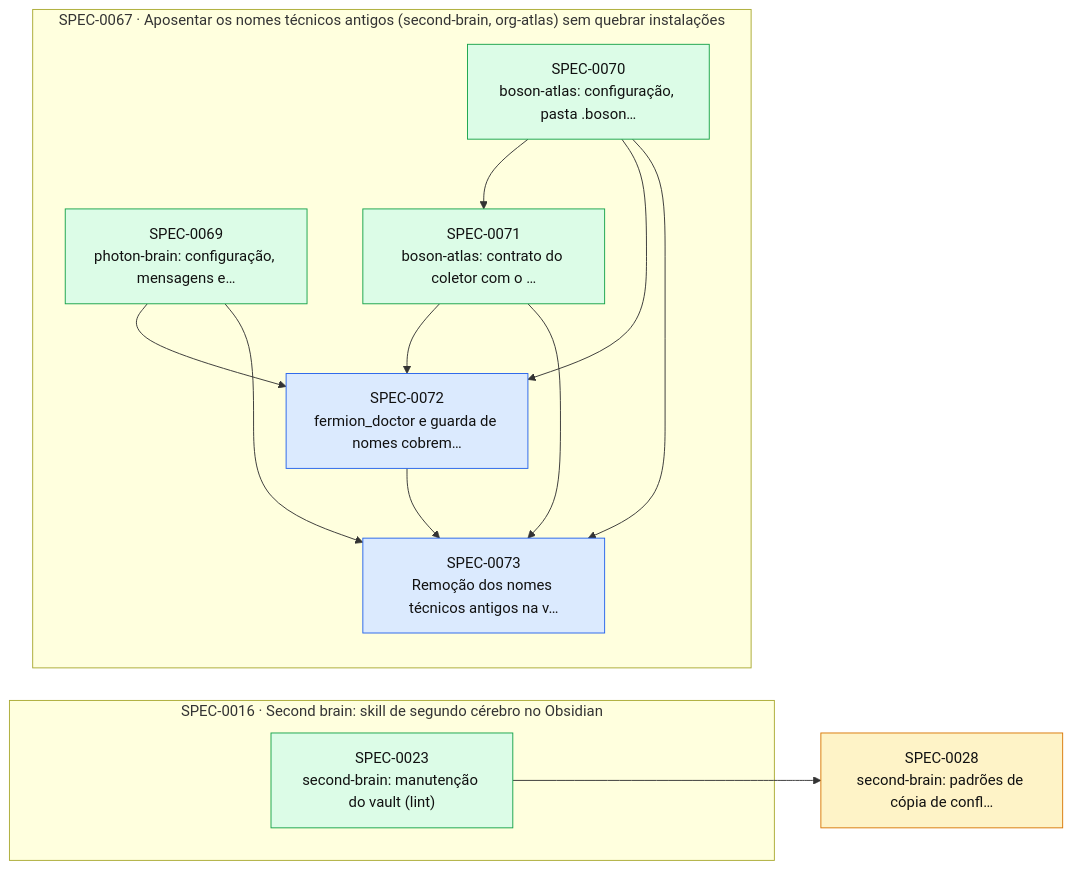
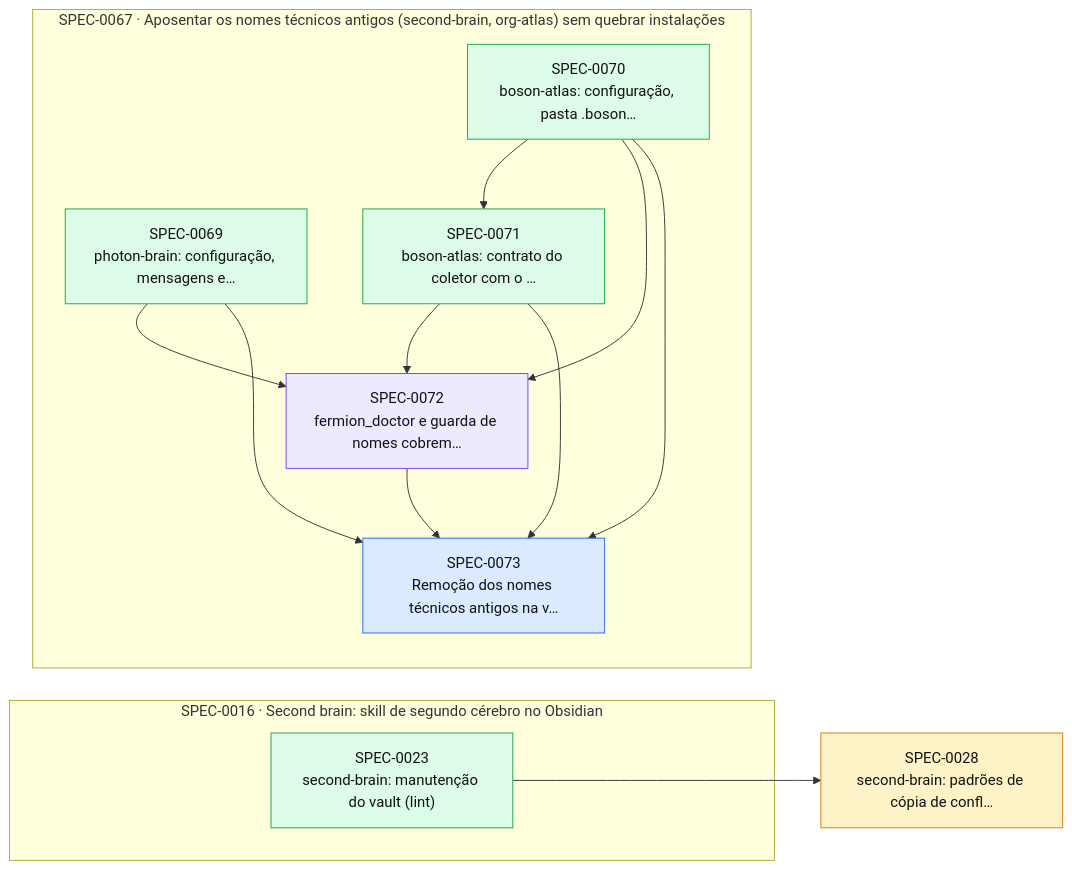
The diagram in docs/specs/INDEX.md (thomasravache/ai-dev-brain), drawn with Mermaid before and after one commit. The commit also changed other lines of this file and 1 other file, not shown here.

First line of the commit message:
docs(specs): plano e emenda v2 da SPEC-0072

````diff
--- a/docs/specs/INDEX.md
+++ b/docs/specs/INDEX.md
@@ -53,28 +53,28 @@
 ```mermaid
 flowchart LR
   S0028["SPEC-0028<br/>second-brain: padrões de cópia de confl…"]:::proposed
   subgraph E0016["SPEC-0016 · Second brain: skill de segundo cérebro no Obsidian"]
     S0023["SPEC-0023<br/>second-brain: manutenção do vault (lint)"]:::implemented
   end
   subgraph E0067["SPEC-0067 · Aposentar os nomes técnicos antigos (second-brain, org-atlas) sem quebrar instalações"]
     S0069["SPEC-0069<br/>photon-brain: configuração, mensagens e…"]:::implemented
     S0070["SPEC-0070<br/>boson-atlas: configuração, pasta .boson…"]:::implemented
     S0071["SPEC-0071<br/>boson-atlas: contrato do coletor com o …"]:::implemented
-    S0072["SPEC-0072<br/>fermion_doctor e guarda de nomes cobrem…"]:::approved
+    S0072["SPEC-0072<br/>fermion_doctor e guarda de nomes cobrem…"]:::inprogress
     S0073["SPEC-0073<br/>Remoção dos nomes técnicos antigos na v…"]:::approved
   end
   S0023 --> S0028
   S0070 --> S0071
   S0069 --> S0072
   S0070 --> S0072
   S0071 --> S0072
   S0069 --> S0073
   S0070 --> S0073
   S0071 --> S0073
   S0072 --> S0073
   classDef proposed fill:#fef3c7,stroke:#d97706,color:#111
   classDef approved fill:#dbeafe,stroke:#2563eb,color:#111
   classDef inprogress fill:#ede9fe,stroke:#7c3aed,color:#111
   classDef implemented fill:#dcfce7,stroke:#16a34a,color:#111
   classDef deprecated fill:#f3f4f6,stroke:#9ca3af,color:#6b7280
 ```
````
